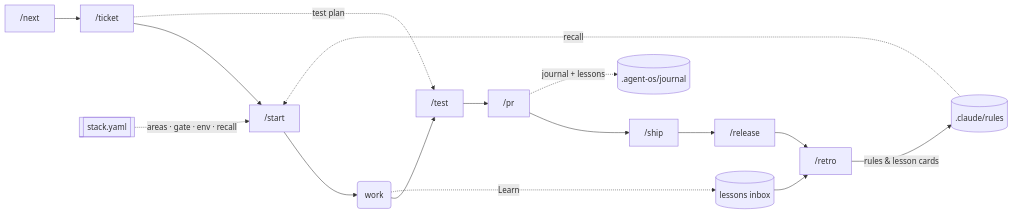
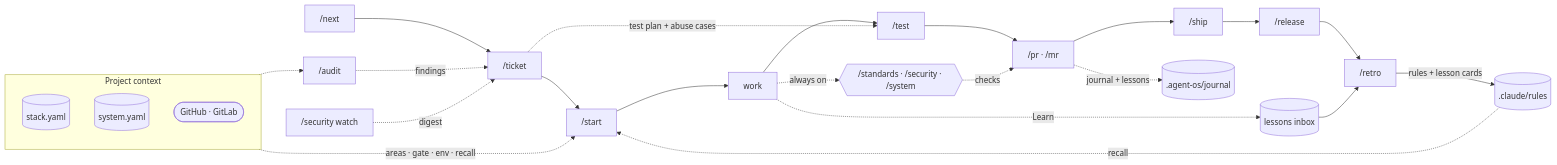
Before and after one commit to cosmin-sisman/agent-os: the diagram in README.md, drawn with Mermaid. The commit also changed 1 other file, not shown here.

Commit message:
docs(readme): update the how it works diagram [#125] (#126)

````diff
--- a/README.md
+++ b/README.md
@@ -188,12 +188,27 @@
 ```mermaid
 flowchart LR
-  N["/next"] --> T["/ticket"] --> S["/start"] --> W(work) --> X["/test"] --> P["/pr"] --> SH["/ship"] --> R["/release"]
-  T -. "test plan" .-> X
+  subgraph CTX["Project context"]
+    direction TB
+    ST[("stack.yaml")]
+    SY[("system.yaml")]
+    PL(["GitHub · GitLab"])
+  end
+
+  N["/next"] --> T["/ticket"] --> S["/start"] --> W["work"] --> X["/test"] --> P["/pr · /mr"] --> SH["/ship"] --> R["/release"]
+
+  CTX -. "areas · gate · env · recall" .-> S
+  T -. "test plan + abuse cases" .-> X
+  Q{{"/standards · /security · /system"}} -. "checks" .-> P
+  W -. "always on" .-> Q
+
   P -. "journal + lessons" .-> J[(".agent-os/journal")]
   W -. "Learn" .-> I[("lessons inbox")]
   R --> RE["/retro"]
   I --> RE
-  RE -- "rules & lesson cards" --> RULES[(".claude/rules")]
+  RE -- "rules + lesson cards" --> RULES[(".claude/rules")]
   RULES -. "recall" .-> S
-  ST[["stack.yaml"]] -. "areas · gate · env · recall" .-> S
+
+  A["/audit"] -. "findings" .-> T
+  SW["/security watch"] -. "digest" .-> T
+  CTX -.-> A
 ```
````
